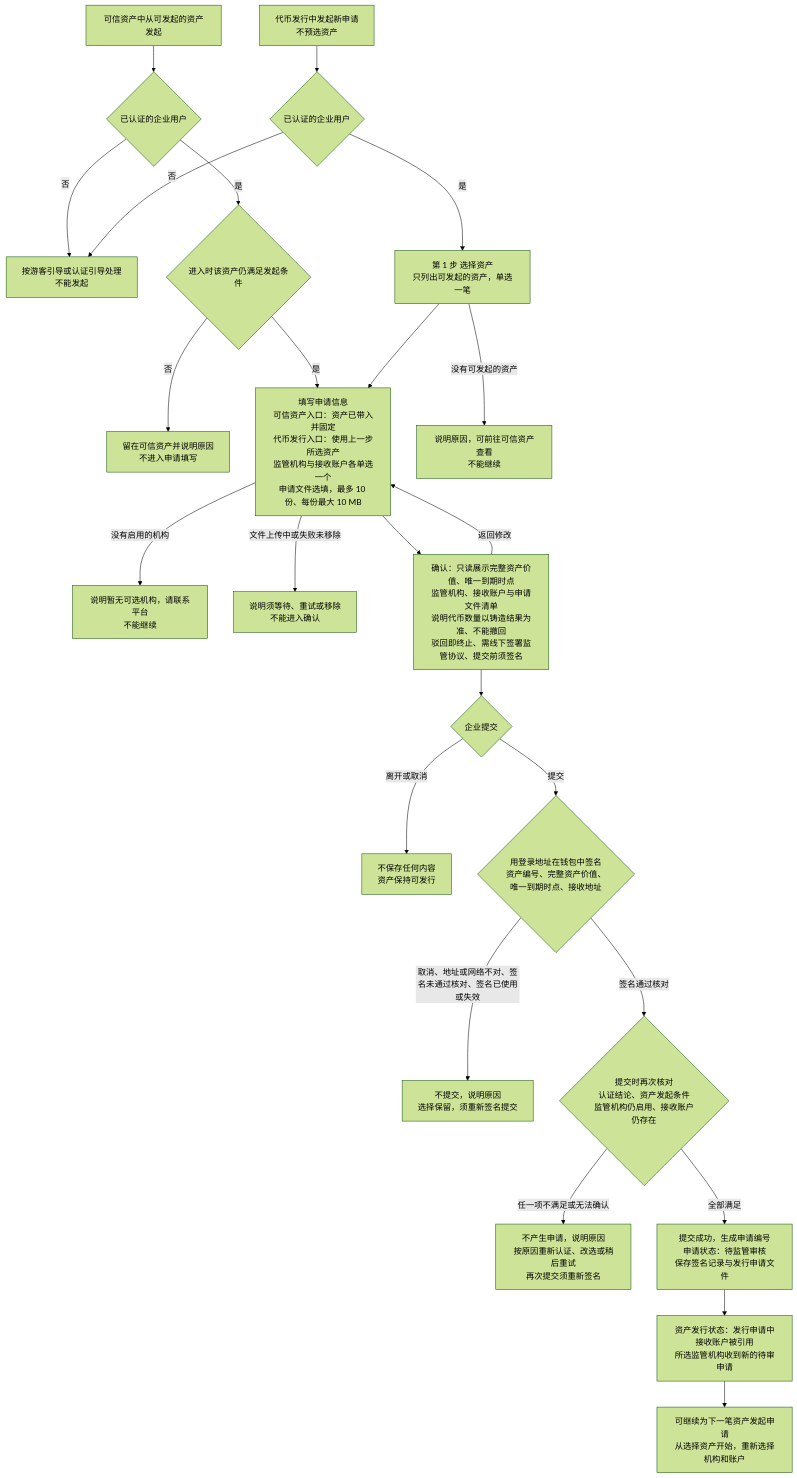
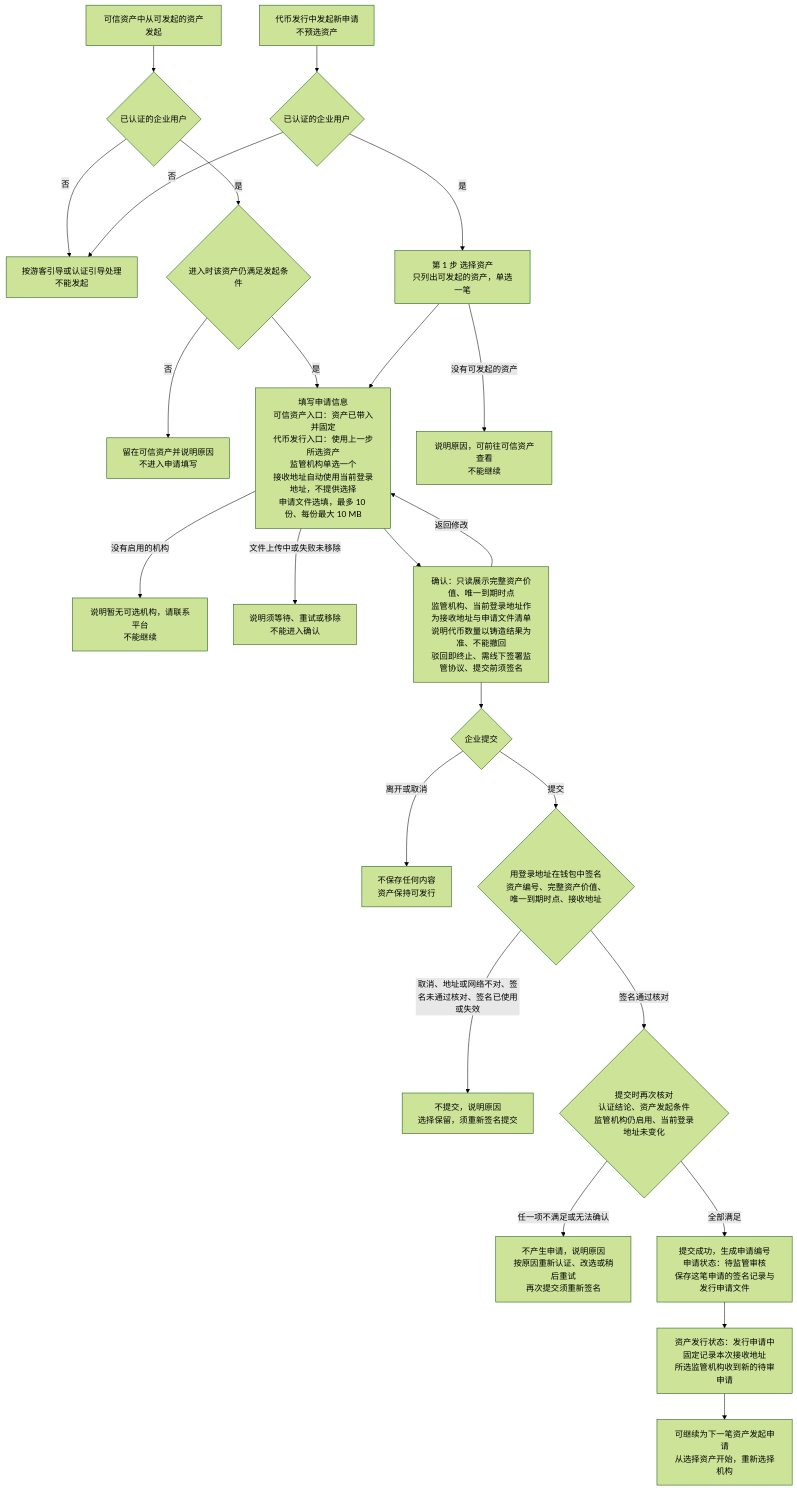
The first of 3 diagrams in token-issuance-platform/PRD/面客端/M3a-代币发行-企业申请/02-代币发行-企业申请-流程图与状态机.md (wxblockchain/Chain-Financing), drawn with Mermaid (forest theme) before and after one commit. The commit also changed other lines of this file and 18 other files, not shown here.

````diff
--- a/token-issuance-platform/PRD/面客端/M3a-代币发行-企业申请/02-代币发行-企业申请-流程图与状态机.md
+++ b/token-issuance-platform/PRD/面客端/M3a-代币发行-企业申请/02-代币发行-企业申请-流程图与状态机.md
@@ -16,27 +16,27 @@
 ```mermaid
 flowchart TD
     A1[可信资产中从可发起的资产发起] --> BA{已认证的企业用户}
     BA -->|否| B1
     BA -->|是| V{进入时该资产仍满足发起条件}
     V -->|否| V1[留在可信资产并说明原因<br/>不进入申请填写]
     V -->|是| D
     A2[代币发行中发起新申请<br/>不预选资产] --> B
     B{已认证的企业用户}
     B -->|否| B1[按游客引导或认证引导处理<br/>不能发起]
     B -->|是| C[第 1 步 选择资产<br/>只列出可发起的资产，单选一笔]
     C -->|没有可发起的资产| C1[说明原因，可前往可信资产查看<br/>不能继续]
-    C --> D[填写申请信息<br/>可信资产入口：资产已带入并固定<br/>代币发行入口：使用上一步所选资产<br/>监管机构与接收账户各单选一个<br/>申请文件选填，最多 10 份、每份最大 10 MB]
+    C --> D[填写申请信息<br/>可信资产入口：资产已带入并固定<br/>代币发行入口：使用上一步所选资产<br/>监管机构单选一个<br/>接收地址自动使用当前登录地址，不提供选择<br/>申请文件选填，最多 10 份、每份最大 10 MB]
     D -->|没有启用的机构| D1[说明暂无可选机构，请联系平台<br/>不能继续]
     D -->|文件上传中或失败未移除| D2[说明须等待、重试或移除<br/>不能进入确认]
-    D --> F[确认：只读展示完整资产价值、唯一到期时点<br/>监管机构、接收账户与申请文件清单<br/>说明代币数量以铸造结果为准、不能撤回<br/>驳回即终止、需线下签署监管协议、提交前须签名]
+    D --> F[确认：只读展示完整资产价值、唯一到期时点<br/>监管机构、当前登录地址作为接收地址与申请文件清单<br/>说明代币数量以铸造结果为准、不能撤回<br/>驳回即终止、需线下签署监管协议、提交前须签名]
     F -->|返回修改| D
     F --> G{企业提交}
     G -->|离开或取消| G1[不保存任何内容<br/>资产保持可发行]
     G -->|提交| S{用登录地址在钱包中签名<br/>资产编号、完整资产价值、唯一到期时点、接收地址}
     S -->|取消、地址或网络不对、签名未通过核对、签名已使用或失效| S1[不提交，说明原因<br/>选择保留，须重新签名提交]
-    S -->|签名通过核对| H{提交时再次核对<br/>认证结论、资产发起条件<br/>监管机构仍启用、接收账户仍存在}
+    S -->|签名通过核对| H{提交时再次核对<br/>认证结论、资产发起条件<br/>监管机构仍启用、当前登录地址未变化}
     H -->|任一项不满足或无法确认| H1[不产生申请，说明原因<br/>按原因重新认证、改选或稍后重试<br/>再次提交须重新签名]
-    H -->|全部满足| I[提交成功，生成申请编号<br/>申请状态：待监管审核<br/>保存签名记录与发行申请文件]
-    I --> J[资产发行状态：发行申请中<br/>接收账户被引用<br/>所选监管机构收到新的待审申请]
-    J --> K[可继续为下一笔资产发起申请<br/>从选择资产开始，重新选择机构和账户]
+    H -->|全部满足| I[提交成功，生成申请编号<br/>申请状态：待监管审核<br/>保存这笔申请的签名记录与发行申请文件]
+    I --> J[资产发行状态：发行申请中<br/>固定记录本次接收地址<br/>所选监管机构收到新的待审申请]
+    J --> K[可继续为下一笔资产发起申请<br/>从选择资产开始，重新选择机构]
 ```
````
